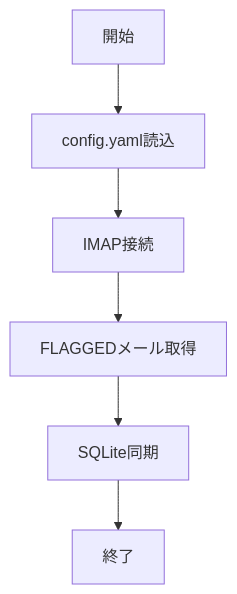
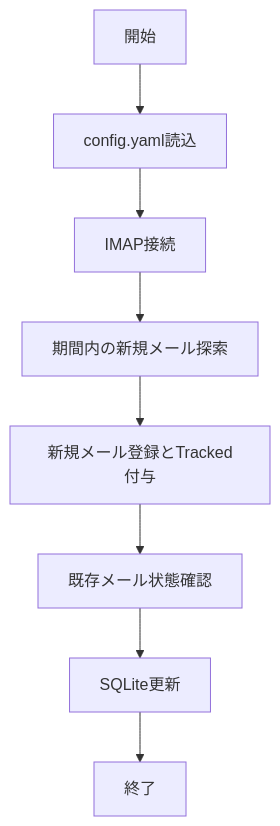
The fourth of 4 diagrams in docs/design_v0_1.md (a3suger/WorkInBox), drawn with Mermaid before and after one commit. The commit also changed other lines of this file, not shown here.

````diff
--- a/docs/design_v0_1.md
+++ b/docs/design_v0_1.md
@@ -375,21 +496,19 @@
 ```mermaid
 flowchart TD
-
     A[開始]
-
     B[config.yaml読込]
-
     C[IMAP接続]
-
-    D[FLAGGEDメール取得]
-
-    E[SQLite同期]
-
-    F[終了]
+    D[期間内の新規メール探索]
+    E[新規メール登録とTracked付与]
+    F[既存メール状態確認]
+    G[SQLite更新]
+    H[終了]
 
     A --> B
     B --> C
     C --> D
     D --> E
     E --> F
+    F --> G
+    G --> H
 ```
````
